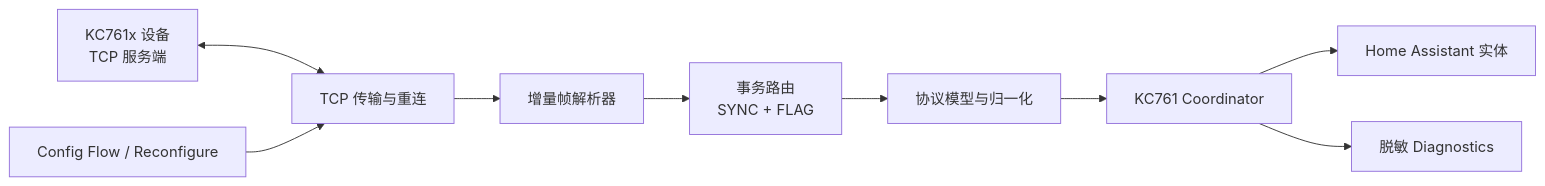
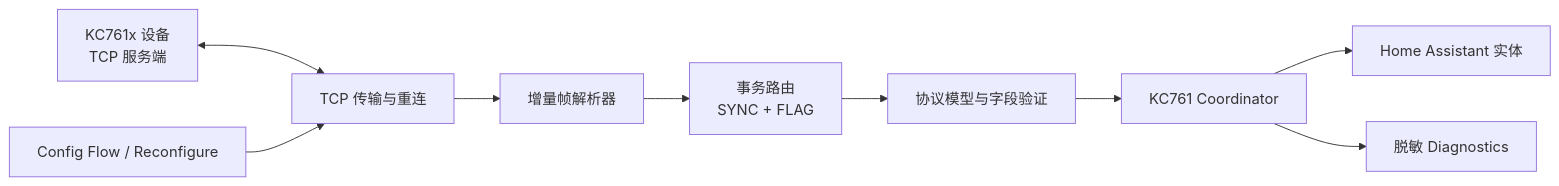
Before and after one commit to GImDX/kc761-ha: the first of 2 diagrams in docs/ARCHITECTURE.md, drawn with Mermaid. The commit also changed other lines of this file and 6 other files, not shown here.

````diff
--- a/docs/ARCHITECTURE.md
+++ b/docs/ARCHITECTURE.md
@@ -49,21 +49,21 @@
 ```mermaid
 flowchart LR
     D["KC761x 设备\nTCP 服务端"]
     T["TCP 传输与重连"]
     F["增量帧解析器"]
     R["事务路由\nSYNC + FLAG"]
-    P["协议模型与归一化"]
+    P["协议模型与字段验证"]
     C["KC761 Coordinator"]
     E["Home Assistant 实体"]
     G["Config Flow / Reconfigure"]
     X["脱敏 Diagnostics"]
 
     D <--> T
     T --> F
     F --> R
     R --> P
     P --> C
     C --> E
     G --> T
     C --> X
 ```
````
